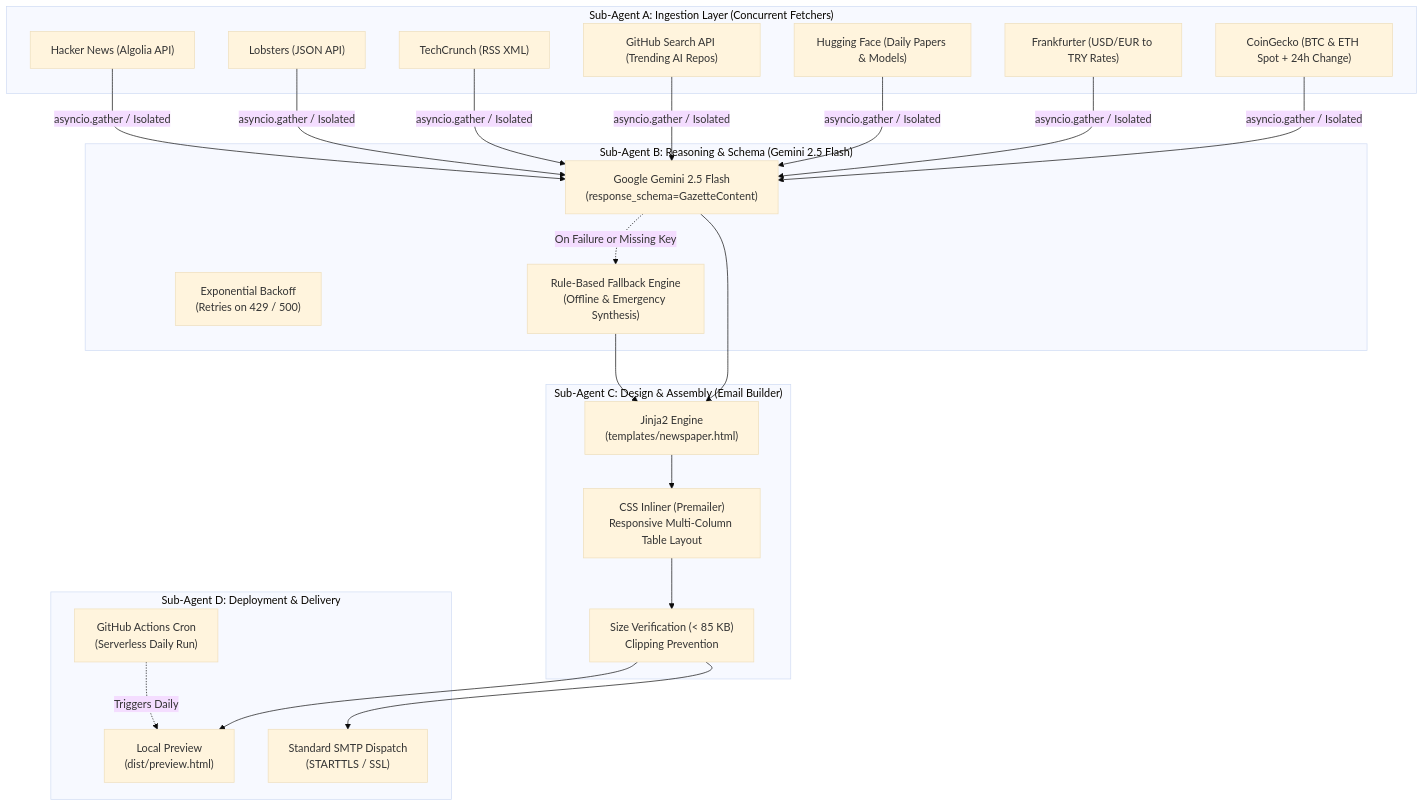
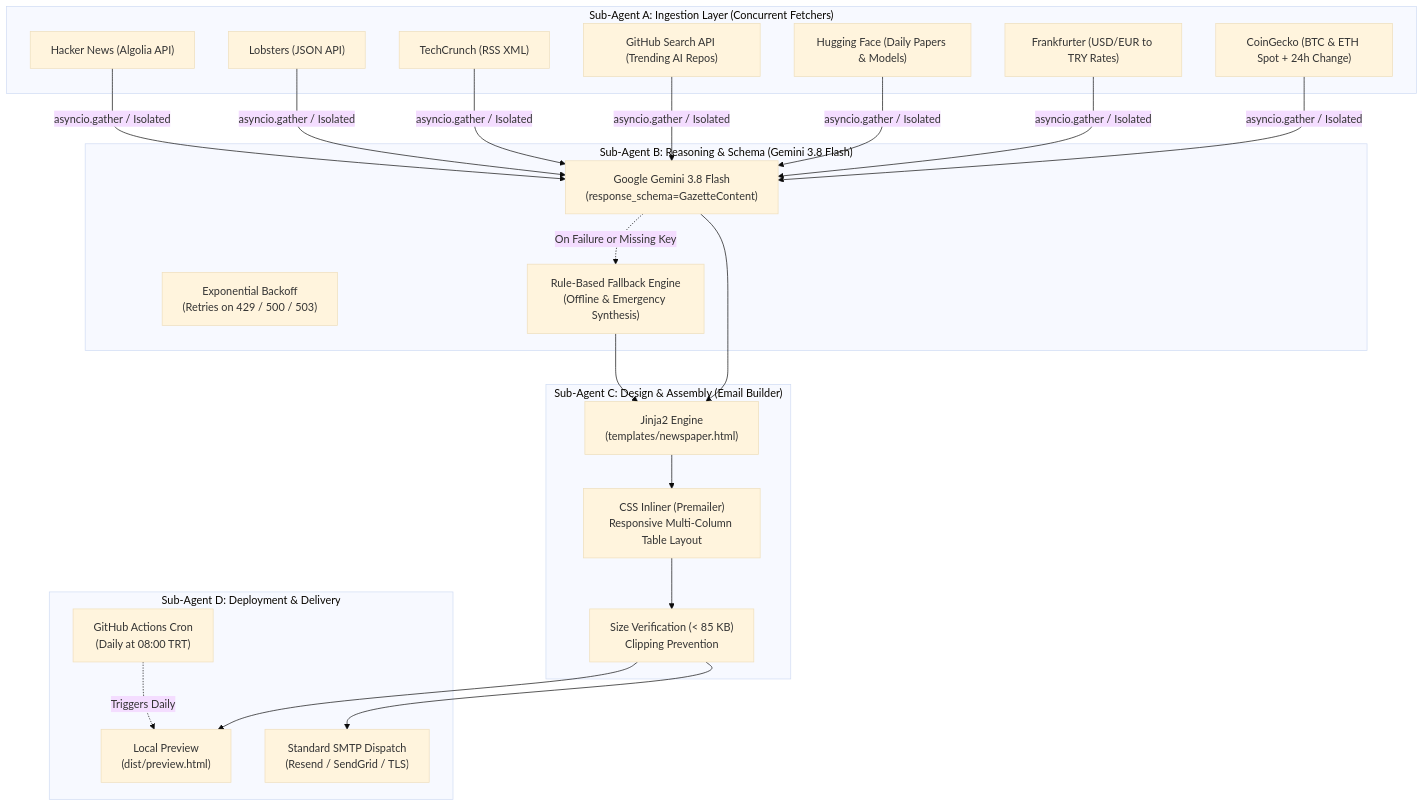
One commit to yunusemre-celik/morning-gazette-pipeline changed the diagram in README.md. Above: the diagram before and after it, drawn with Mermaid (base theme). The commit also changed other lines of this file and 4 other files, not shown here.

````diff
--- a/README.md
+++ b/README.md
@@ -27,39 +52,39 @@
 ```mermaid
 flowchart TD
     subgraph DataCollection["Sub-Agent A: Ingestion Layer (Concurrent Fetchers)"]
         HN["Hacker News (Algolia API)"]
         LOB["Lobsters (JSON API)"]
         TC["TechCrunch (RSS XML)"]
         GH["GitHub Search API (Trending AI Repos)"]
         HF["Hugging Face (Daily Papers & Models)"]
         FX["Frankfurter (USD/EUR to TRY Rates)"]
         CG["CoinGecko (BTC & ETH Spot + 24h Change)"]
     end
 
-    subgraph IntelligenceLayer["Sub-Agent B: Reasoning & Schema (Gemini 2.5 Flash)"]
-        GEMINI["Google Gemini 2.5 Flash\n(response_schema=GazetteContent)"]
-        BACKOFF["Exponential Backoff\n(Retries on 429 / 500)"]
+    subgraph IntelligenceLayer["Sub-Agent B: Reasoning & Schema (Gemini 3.8 Flash)"]
+        GEMINI["Google Gemini 3.8 Flash\n(response_schema=GazetteContent)"]
+        BACKOFF["Exponential Backoff\n(Retries on 429 / 500 / 503)"]
         FALLBACK["Rule-Based Fallback Engine\n(Offline & Emergency Synthesis)"]
     end
 
     subgraph PresentationLayer["Sub-Agent C: Design & Assembly (Email Builder)"]
         JINJA["Jinja2 Engine\n(templates/newspaper.html)"]
         INLINER["CSS Inliner (Premailer)\nResponsive Multi-Column Table Layout"]
         SIZE_CHECK["Size Verification (< 85 KB)\nClipping Prevention"]
     end
 
     subgraph DeliveryLayer["Sub-Agent D: Deployment & Delivery"]
         PREVIEW["Local Preview\n(dist/preview.html)"]
-        SMTP["Standard SMTP Dispatch\n(STARTTLS / SSL)"]
-        GHA["GitHub Actions Cron\n(Serverless Daily Run)"]
+        SMTP["Standard SMTP Dispatch\n(Resend / SendGrid / TLS)"]
+        GHA["GitHub Actions Cron\n(Daily at 08:00 TRT)"]
     end
 
     HN & LOB & TC & GH & HF & FX & CG -->|asyncio.gather / Isolated| GEMINI
     GEMINI -.->|On Failure or Missing Key| FALLBACK
     GEMINI & FALLBACK --> JINJA
     JINJA --> INLINER
     INLINER --> SIZE_CHECK
     SIZE_CHECK --> PREVIEW
     SIZE_CHECK --> SMTP
     GHA -.->|Triggers Daily| PREVIEW
 ```
````
